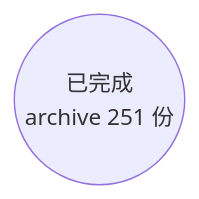
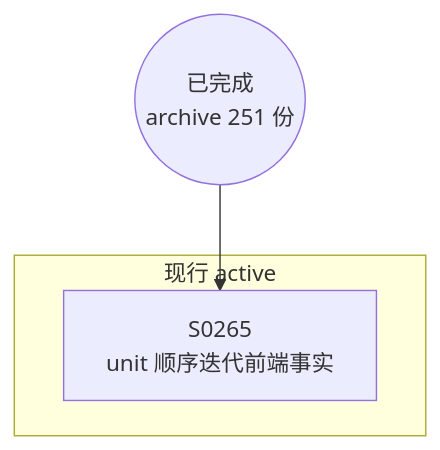
The diagram in docs/specs/dependency-graph.md (Halckon/Koven), drawn with Mermaid before and after one commit. The commit also changed other lines of this file and 42 other files, not shown here.

````diff
--- a/docs/specs/dependency-graph.md
+++ b/docs/specs/dependency-graph.md
@@ -9,4 +9,8 @@
 ```mermaid
 flowchart TD
 ARCH(("已完成<br/>archive 251 份"))
+subgraph Gactive["现行 active"]
+  S0265["S0265<br/>unit 顺序迭代前端事实"]
+end
+ARCH --> S0265
 ```
````
